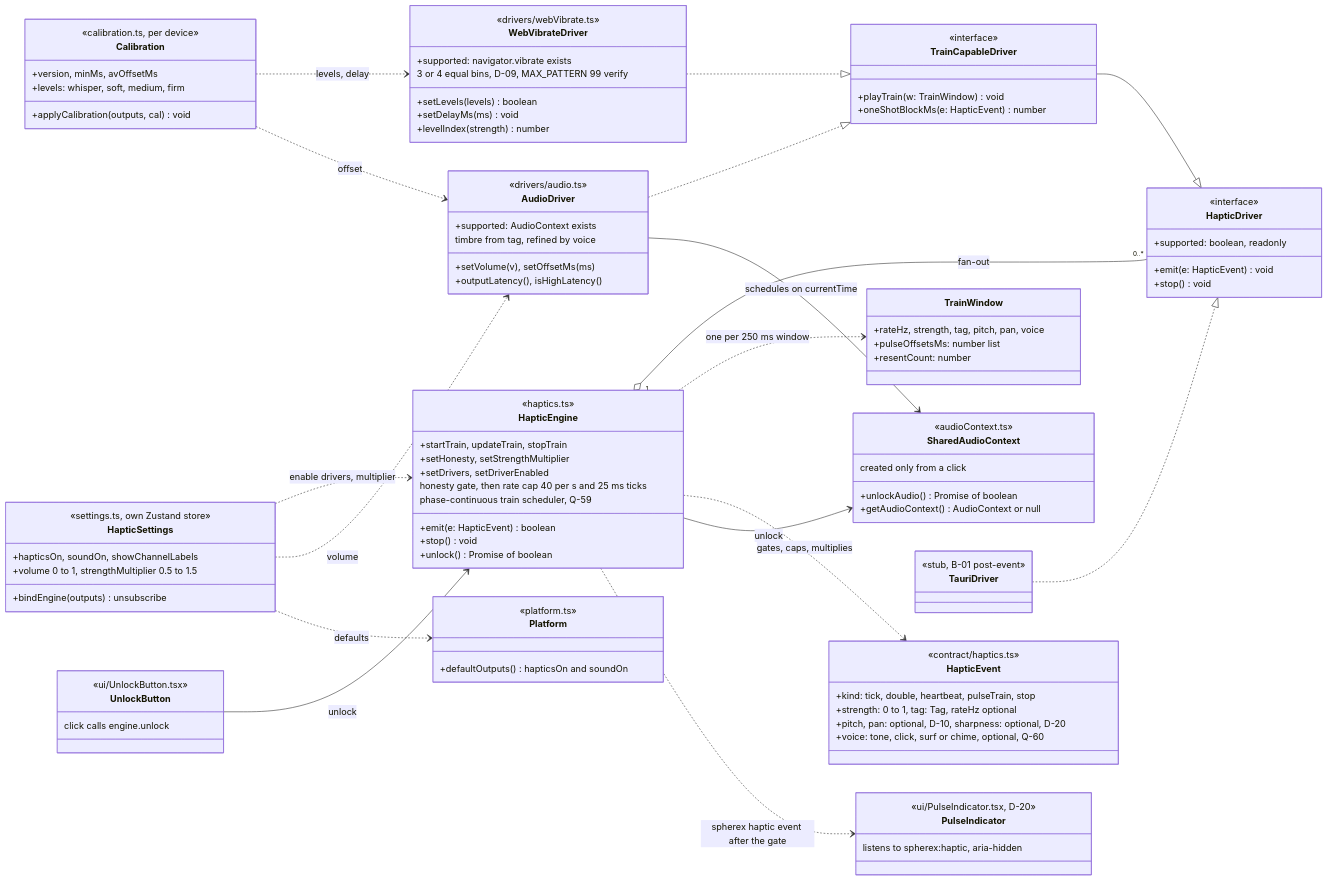
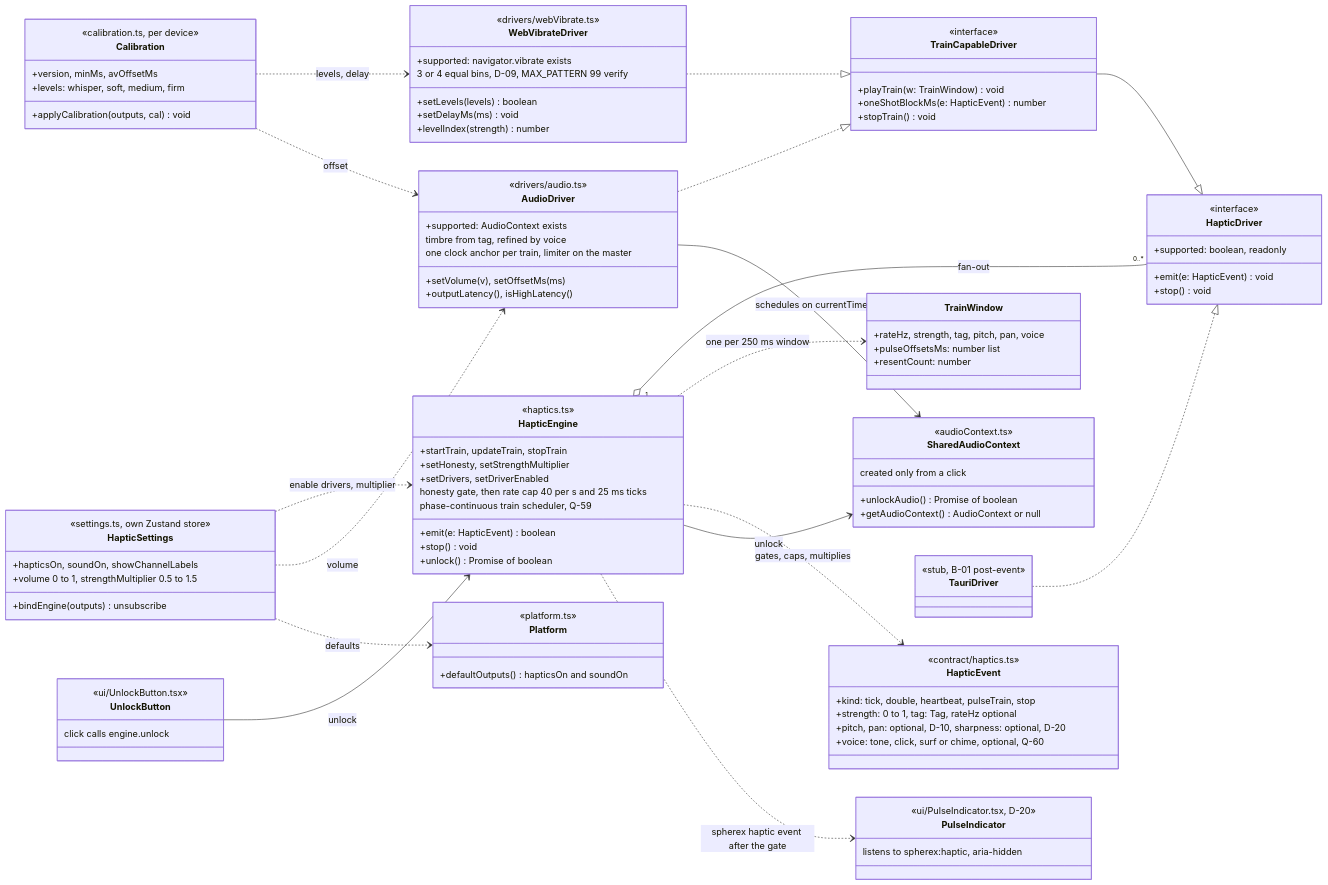
Before and after one commit to 0ffrian/SphereX: the first of 2 diagrams in docs/uml/06-class-haptics-audio.md, drawn with Mermaid. The commit also changed other lines of this file and 17 other files, not shown here.

```diff
--- a/docs/uml/06-class-haptics-audio.md
+++ b/docs/uml/06-class-haptics-audio.md
@@ -26,6 +26,7 @@
     <<interface>>
     +playTrain(w: TrainWindow) void
     +oneShotBlockMs(e: HapticEvent) number
+    +stopTrain() void
   }
   class TrainWindow {
     +rateHz, strength, tag, pitch, pan, voice
@@ -57,6 +58,7 @@
     +setVolume(v), setOffsetMs(ms)
     +outputLatency(), isHighLatency()
     timbre from tag, refined by voice
+    one clock anchor per train, limiter on the master
   }
   class SharedAudioContext {
     <<audioContext.ts>>
```
